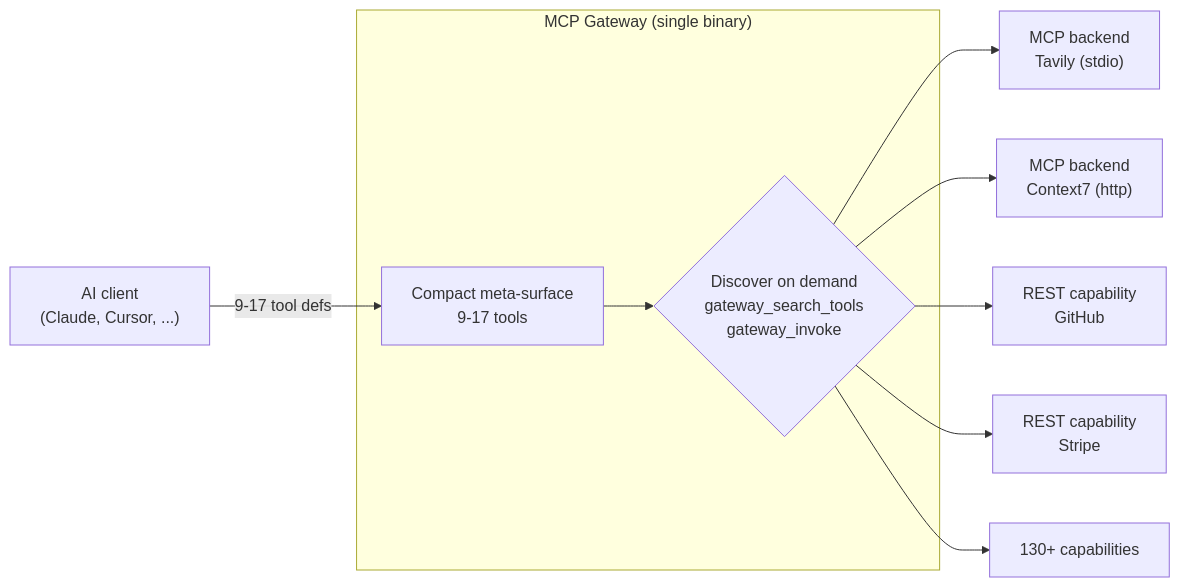
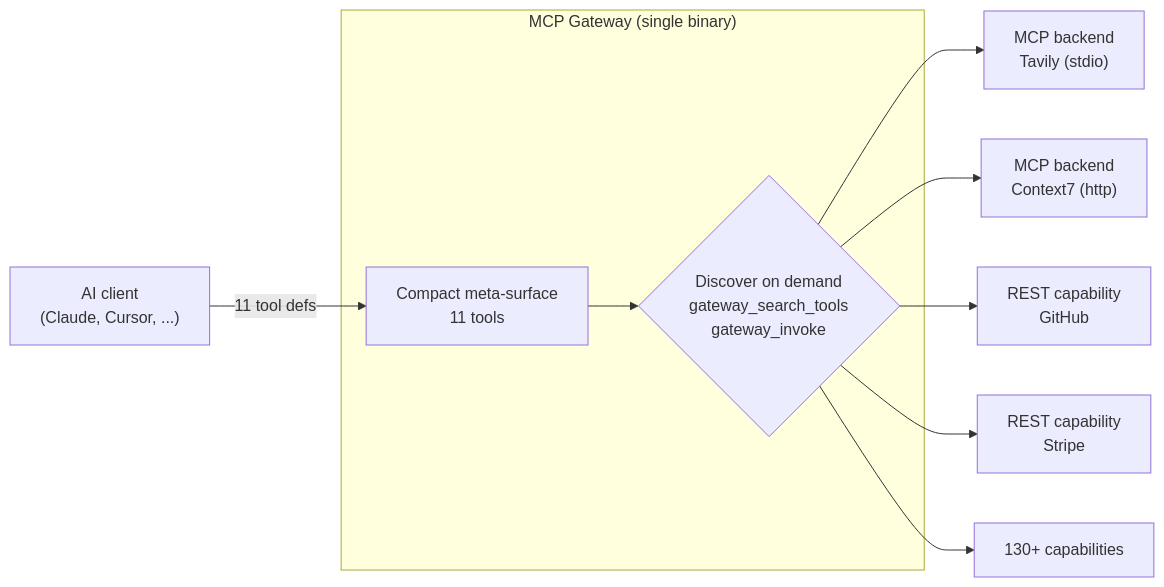
The first of 2 diagrams in README.md (MikkoParkkola/mcp-gateway), drawn with Mermaid before and after one commit. The commit also changed other lines of this file and 9 other files, not shown here.

````diff
--- a/README.md
+++ b/README.md
@@ -261,21 +32,21 @@
 ```mermaid
 flowchart LR
     AI["AI client<br/>(Claude, Cursor, ...)"]
     subgraph GW["MCP Gateway (single binary)"]
-        META["Compact meta-surface<br/>9-17 tools"]
+        META["Compact meta-surface<br/>11 tools"]
         DISC{"Discover on demand<br/>gateway_search_tools<br/>gateway_invoke"}
     end
     T1["MCP backend<br/>Tavily (stdio)"]
     T2["MCP backend<br/>Context7 (http)"]
     C1["REST capability<br/>GitHub"]
     C2["REST capability<br/>Stripe"]
     Cn["130+ capabilities"]
 
-    AI -->|"9-17 tool defs"| META
+    AI -->|"11 tool defs"| META
     META --> DISC
     DISC --> T1
     DISC --> T2
     DISC --> C1
     DISC --> C2
     DISC --> Cn
 ```
````
